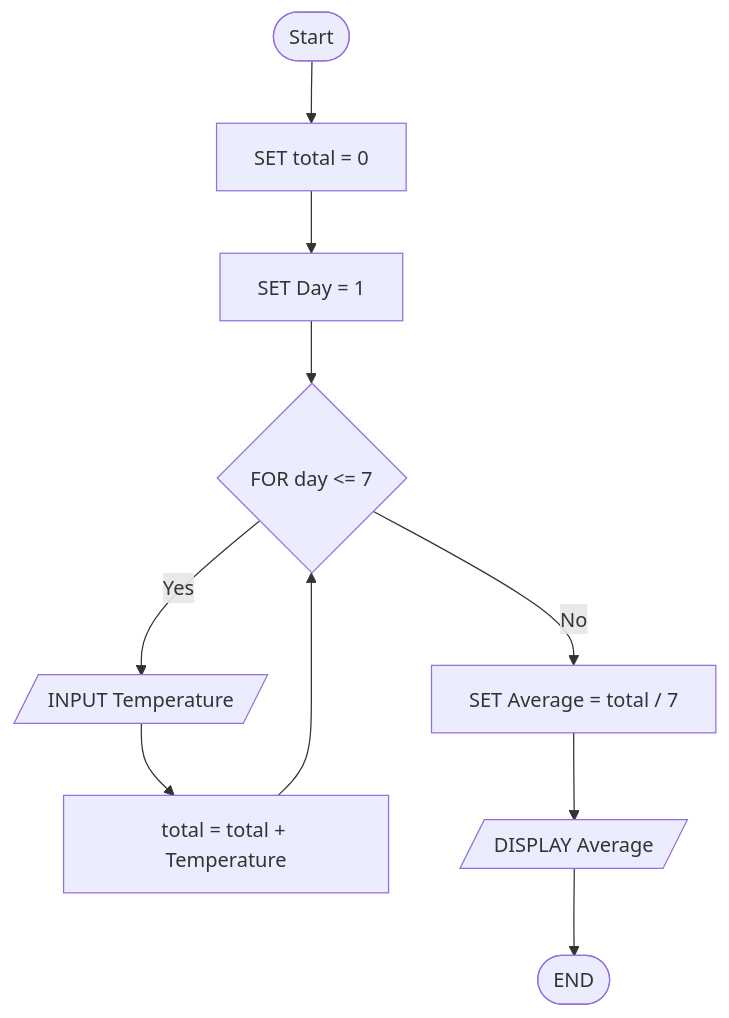
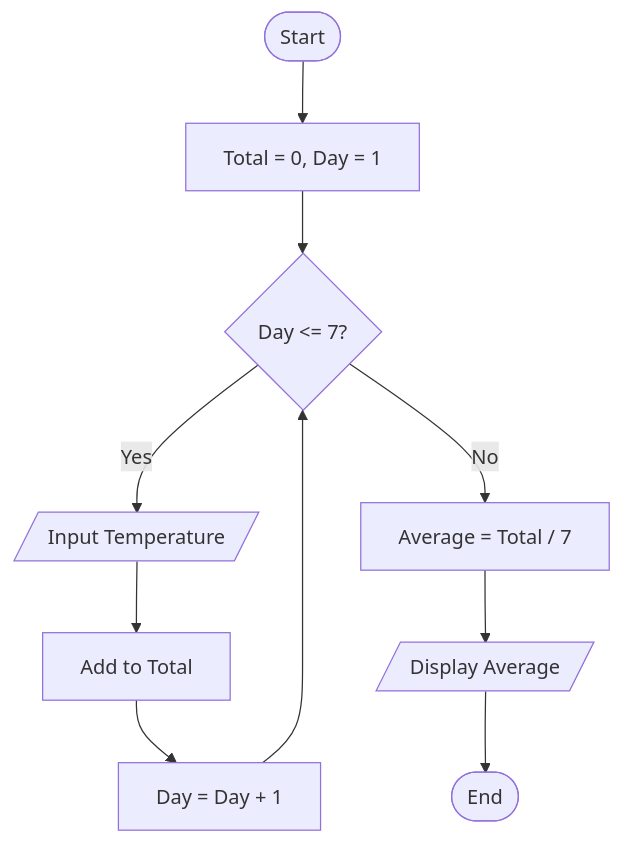
One commit to hopp91/Lexicon-Algorithm-Flowchart-Workshop changed the fifth of 9 diagrams in 1. Workshop_Algorithm_and_Flowchart.md. Above: the diagram before and after it, drawn with Mermaid. The commit also changed other lines of this file, not shown here.

Commit message:
updated tasks with correct solution

````diff
--- a/1. Workshop_Algorithm_and_Flowchart.md
+++ b/1. Workshop_Algorithm_and_Flowchart.md
@@ -193,12 +192,12 @@
 ```mermaid
 flowchart TD
-    A([Start]) --> B[SET total = 0]
-    B --> C[SET Day = 1]
-    C --> D{FOR day <= 7}
-    D -->|Yes| E[/INPUT Temperature/]
-    E --> F[total = total + Temperature]
-    F --> D
-    D -->|No| G[SET Average = total / 7]
-    G --> H[/DISPLAY Average/]
-    H --> I([END])
+    A([Start]) --> B[Total = 0, Day = 1]
+    B --> C{Day <= 7?}
+    C -->|Yes| D[/Input Temperature/]
+    D --> E[Add to Total]
+    E --> F[Day = Day + 1]
+    F --> C
+    C -->|No| G[Average = Total / 7]
+    G --> H[/Display Average/]
+    H --> I([End])
 ```
````
